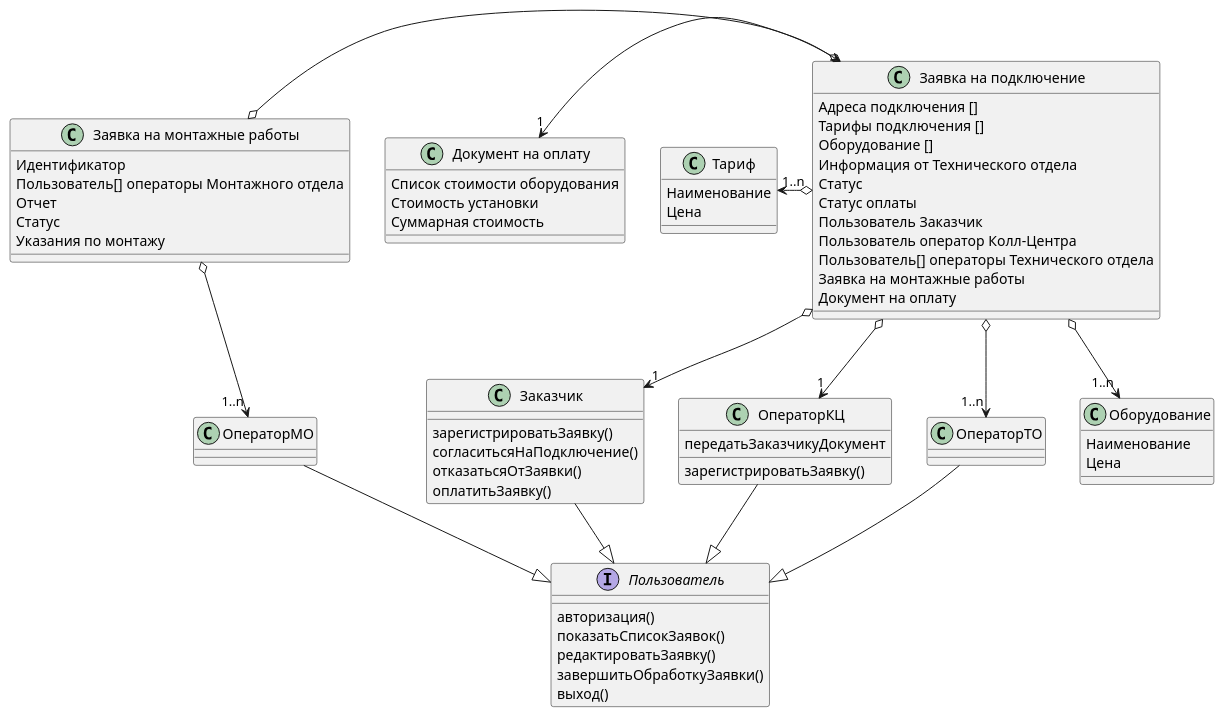
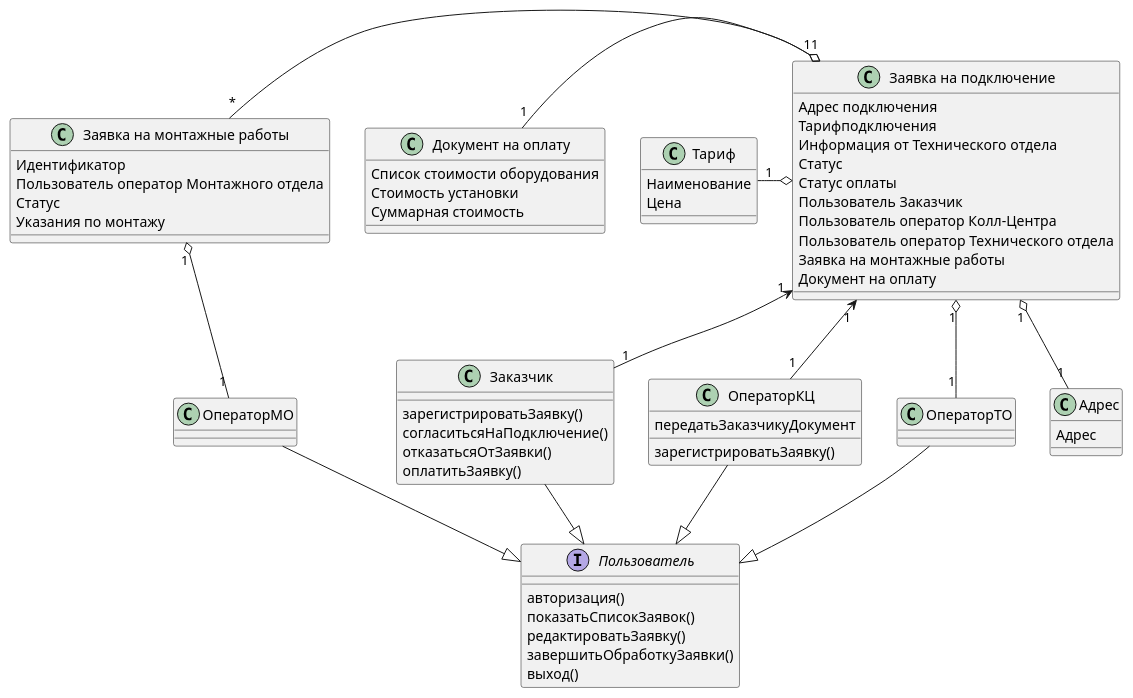
The diagram in src/uml/classes.puml (Gradergage/software-design-2018), drawn with PlantUML before and after one commit. The commit also changed 16 other files, not shown here.

```diff
--- a/src/uml/classes.puml
+++ b/src/uml/classes.puml
@@ -1,76 +1,72 @@
 @startuml
 interface Пользователь {
 авторизация()
 показатьСписокЗаявок()
 редактироватьЗаявку()
 завершитьОбработкуЗаявки()
 выход()
 }
 class Заказчик {
 зарегистрироватьЗаявку()
 согласитьсяНаПодключение()
 отказатьсяОтЗаявки()
 оплатитьЗаявку()
 }
 class ОператорКЦ {
 зарегистрироватьЗаявку()
 передатьЗаказчикуДокумент
 }
 class ОператорТО {
 }
 class ОператорМО {
 }
 class Тариф {
 Наименование
 Цена
 }
+class "Адрес" as adr
+{
+Адрес
+}
 class "Заявка на монтажные работы" as order
 {
 Идентификатор
-Пользователь[] операторы Монтажного отдела
-Отчет
+Пользователь оператор Монтажного отдела
 Статус
 Указания по монтажу
 }
 
 class "Заявка на подключение" as Заявка
 {
-Адреса подключения []
-Тарифы подключения []
-Оборудование []
+Адрес подключения
+Тарифподключения
 Информация от Технического отдела
 Статус
 Статус оплаты
 Пользователь Заказчик
 Пользователь оператор Колл-Центра
-Пользователь[] операторы Технического отдела
+Пользователь оператор Технического отдела
 Заявка на монтажные работы
 Документ на оплату
 }
 
 class "Документ на оплату" as paybill
 {
 Cписок стоимости оборудования
 Стоимость установки
 Суммарная стоимость
 }
-class Оборудование
-{
-    Наименование
-    Цена
-}
 
 Заказчик --|> Пользователь
 ОператорКЦ --|> Пользователь
 ОператорТО --|> Пользователь
 ОператорМО --|> Пользователь
-
-Заявка o--> "1" ОператорКЦ
-Заявка o--> "1..n" ОператорТО
-order  o--> "1..n" ОператорМО
-Заявка  o--> "1" Заказчик
-Заявка  o-left-> "1" paybill
-Заявка  o--> "1..n" Оборудование
-Заявка <-left-o order
-Тариф "1..n" <-right-o Заявка
+Заявка "1" o-- "1" adr
+Заявка "1" <-- "1" ОператорКЦ
+Заявка "1" o-- "1" ОператорТО
+order  "1" o-- "1" ОператорМО
+Заявка  "1" <-- "1" Заказчик
+Заявка "1" o-left- "1" paybill
+Заявка "1" o-left- "*" order
+Тариф "1" --right-o Заявка
 @enduml
```
